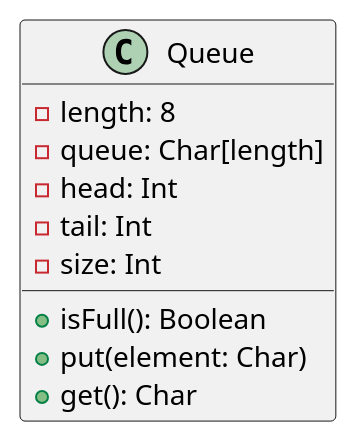
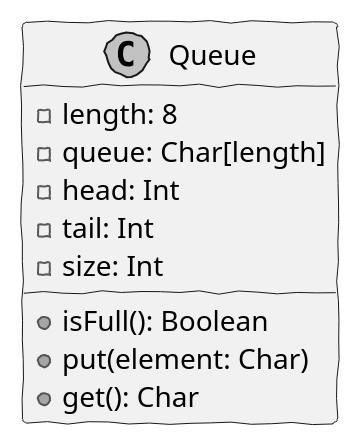
One commit to hslu-students/ad-exercises changed the diagram in doc/queue.plantuml. Above: the diagram before and after it, drawn with PlantUML. The commit also changed 3 other files, not shown here.

Commit message:
Diagram style

```diff
--- a/doc/queue.plantuml
+++ b/doc/queue.plantuml
@@ -1,15 +1,19 @@
 @startuml
+
+' style
+skinparam Handwritten true
+skinparam monochrome true
 
 ' class definitions
 class Queue {
   -length: 8
   -queue: Char[length]
   -head: Int
   -tail: Int
   -size: Int
   +isFull(): Boolean
   +put(element: Char)
   +get(): Char
 }
 
 @enduml
```
